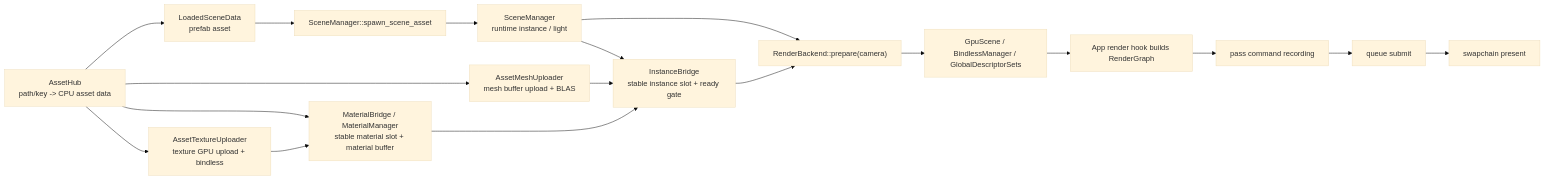
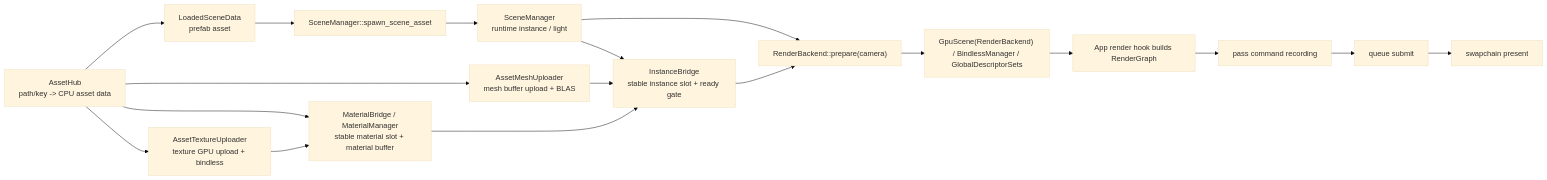
One commit to acccoco/TruvisRenderer changed the fifth of 6 diagrams in ARCHITECTURE.md. Above: the diagram before and after it, drawn with Mermaid (base theme). The commit also changed other lines of this file and 37 other files, not shown here.

````diff
--- a/ARCHITECTURE.md
+++ b/ARCHITECTURE.md
@@ -177,20 +180,20 @@
 ```mermaid
 flowchart LR
     AssetHub["AssetHub<br/>path/key -> CPU asset data"] --> TextureUploader["AssetTextureUploader<br/>texture GPU upload + bindless"]
     AssetHub --> MeshUploader["AssetMeshUploader<br/>mesh buffer upload + BLAS"]
     AssetHub --> MaterialBridge["MaterialBridge / MaterialManager<br/>stable material slot + material buffer"]
     AssetHub --> SceneAsset["LoadedSceneData<br/>prefab asset"]
     SceneAsset --> SceneSpawner["SceneManager::spawn_scene_asset"]
     SceneSpawner --> Scene["SceneManager<br/>runtime instance / light"]
     Scene --> InstanceBridge["InstanceBridge<br/>stable instance slot + ready gate"]
     TextureUploader --> MaterialBridge
     MeshUploader --> InstanceBridge
     Scene --> Prepare["RenderBackend::prepare(camera)"]
     MaterialBridge --> InstanceBridge
     InstanceBridge --> Prepare
-    Prepare --> GpuResources["GpuScene / BindlessManager / GlobalDescriptorSets"]
+    Prepare --> GpuResources["GpuScene(RenderBackend) / BindlessManager / GlobalDescriptorSets"]
     GpuResources --> BuildGraph["App render hook builds RenderGraph"]
     BuildGraph --> RecordCommands["pass command recording"]
     RecordCommands --> Submit["queue submit"]
     Submit --> Present["swapchain present"]
 ```
````
